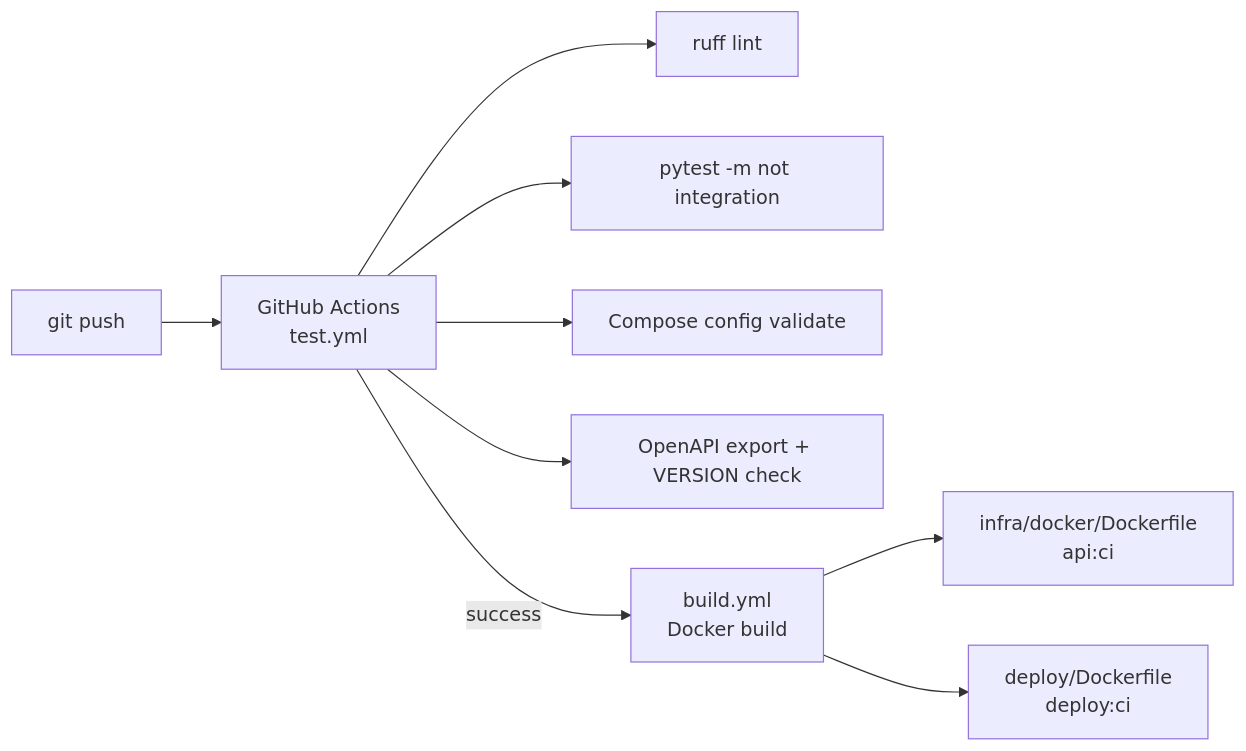
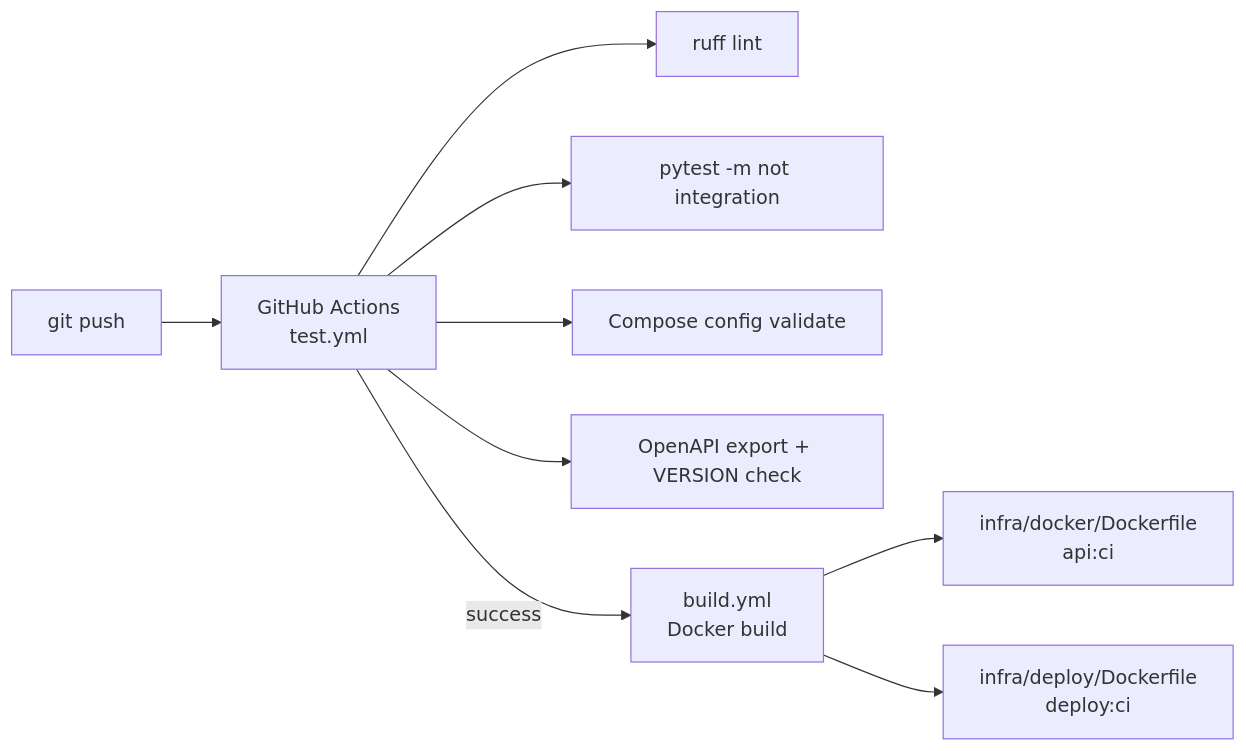
Before and after one commit to LZZZQ-Lab/enterprise-ai-agent: diagram 15 of 15 in docs/ARCHITECTURE.md, drawn with Mermaid. The commit also changed other lines of this file and 31 other files, not shown here.

````diff
--- a/docs/ARCHITECTURE.md
+++ b/docs/ARCHITECTURE.md
@@ -640,11 +640,11 @@
 ```mermaid
 flowchart LR
     PUSH["git push"] --> CI["GitHub Actions<br/>test.yml"]
     CI --> LINT["ruff lint"]
     CI --> PYTEST["pytest -m not integration"]
     CI --> COMPOSE["Compose config validate"]
     CI --> OAI["OpenAPI export + VERSION check"]
     CI -->|success| BUILD["build.yml<br/>Docker build"]
     BUILD --> IMG1["infra/docker/Dockerfile<br/>api:ci"]
-    BUILD --> IMG2["deploy/Dockerfile<br/>deploy:ci"]
+    BUILD --> IMG2["infra/deploy/Dockerfile<br/>deploy:ci"]
 ```
````
